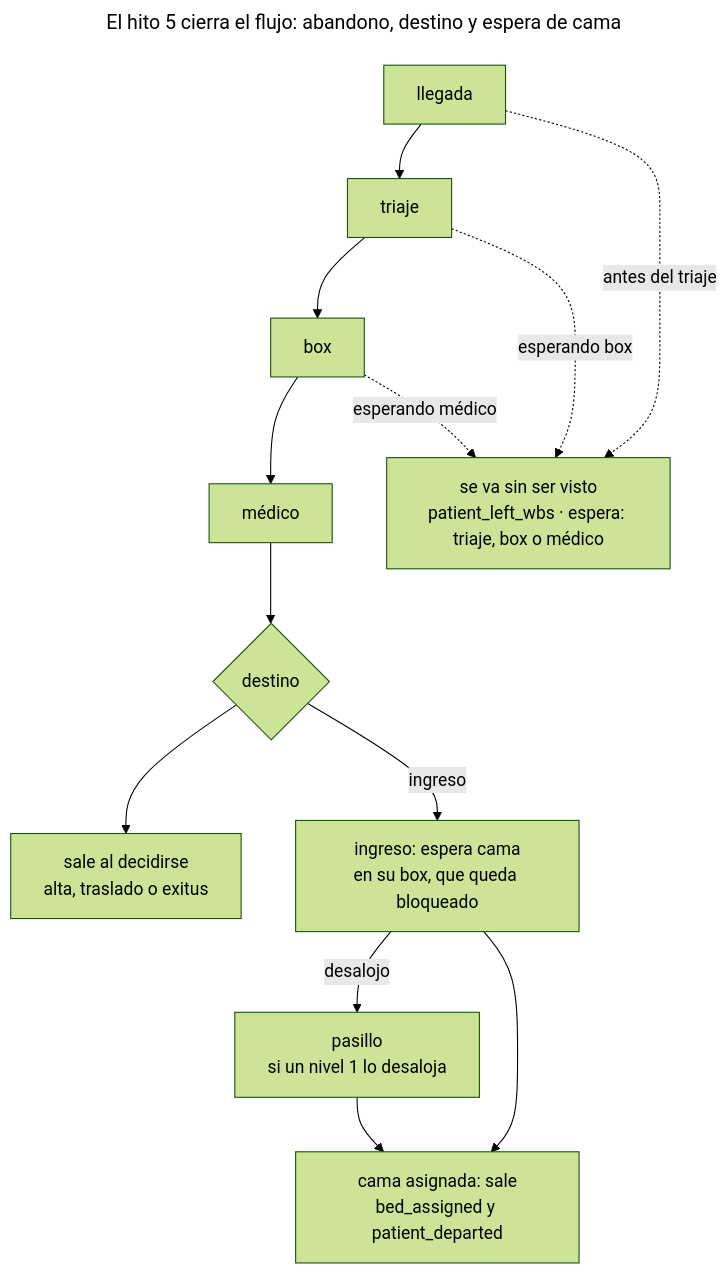
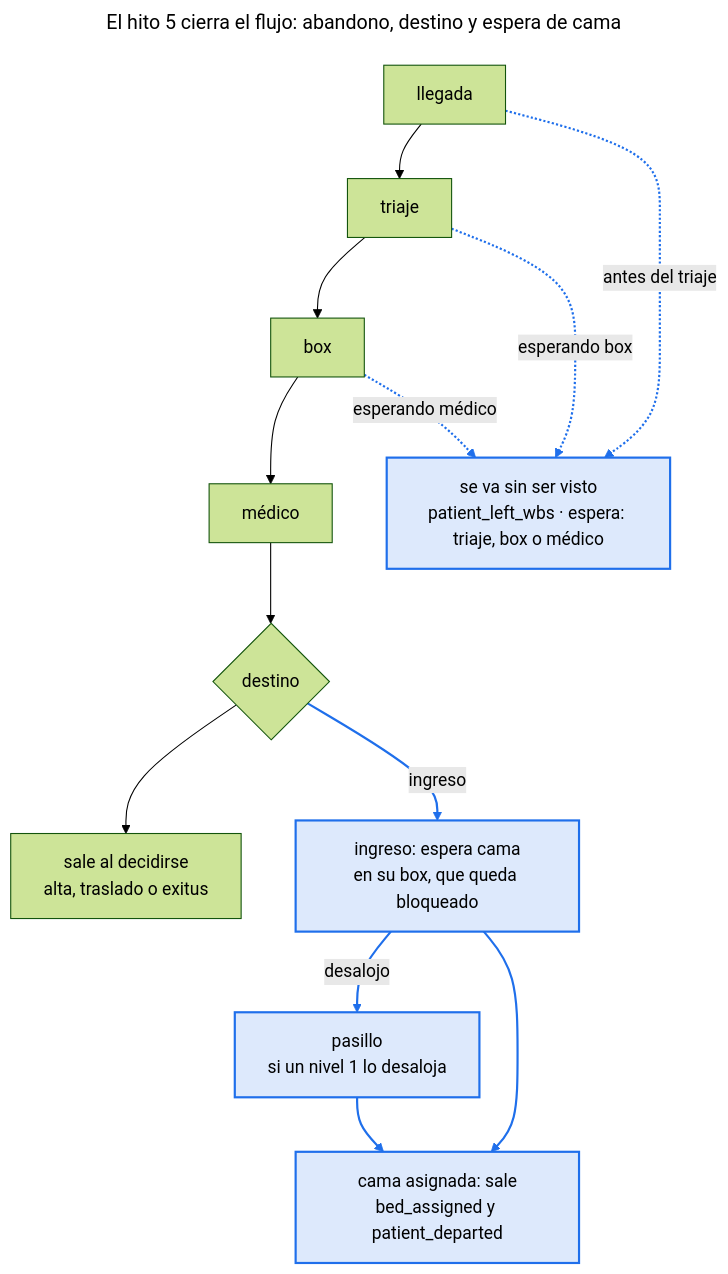
The diagram in docs/specs/hito-5.md (pdromer0/edsim), drawn with Mermaid (forest theme) before and after one commit. The commit also changed other lines of this file and 2 other files, not shown here.

Commit message:
docs: remates de los diagramas
- docs/diseno.md: en el diagrama de bloques, el camino batch pasa por un
  nodo «modo batch» y la flecha de orquestación entra en él, como en el
  widget original (antes iba a «BD analítica»).
- Resaltado recuperado con classDef en los seis diagramas que lo tenían:
  `destacado` (relleno azul al 15 % y borde de 2 px, legible en el tema
  claro y en el oscuro) y `discontinuo` (borde a trazos). Las esperas y el
  abandono en la máquina de estados, el log en el motor, el simulador en
  los bloques y la fusión en el workflow; en el hito 5, los nodos y las
  flechas nuevos (linkStyle); en el hito 6, el pacer y, a trazos, los
  hitos 7 y 8. La hoja de ruta no tenía resaltado.
- Una frase de leyenda debajo de cada diagrama resaltado.

````diff
--- a/docs/specs/hito-5.md
+++ b/docs/specs/hito-5.md
@@ -45,15 +45,18 @@
 ```mermaid
 ---
 title: "El hito 5 cierra el flujo: abandono, destino y espera de cama"
 ---
 flowchart TD
     llegada["llegada"] --> triaje["triaje"] --> box["box"] --> medico["médico"] --> destino{"destino"}
     llegada -.->|"antes del triaje"| se_va["se va sin ser visto<br/>patient_left_wbs · espera: triaje, box o médico"]
     triaje -.->|"esperando box"| se_va
     box -.->|"esperando médico"| se_va
     destino --> sale["sale al decidirse<br/>alta, traslado o exitus"]
     destino -->|"ingreso"| boarding["ingreso: espera cama<br/>en su box, que queda bloqueado"]
     boarding -->|"desalojo"| pasillo["pasillo<br/>si un nivel 1 lo desaloja"]
     boarding --> cama["cama asignada: sale<br/>bed_assigned y patient_departed"]
     pasillo --> cama
+    classDef destacado fill:#1f6feb26,stroke:#1f6feb,stroke-width:2px
+    class se_va,boarding,pasillo,cama destacado
+    linkStyle 4,5,6,8,9,10,11 stroke:#1f6feb,stroke-width:2px
 ```
````
